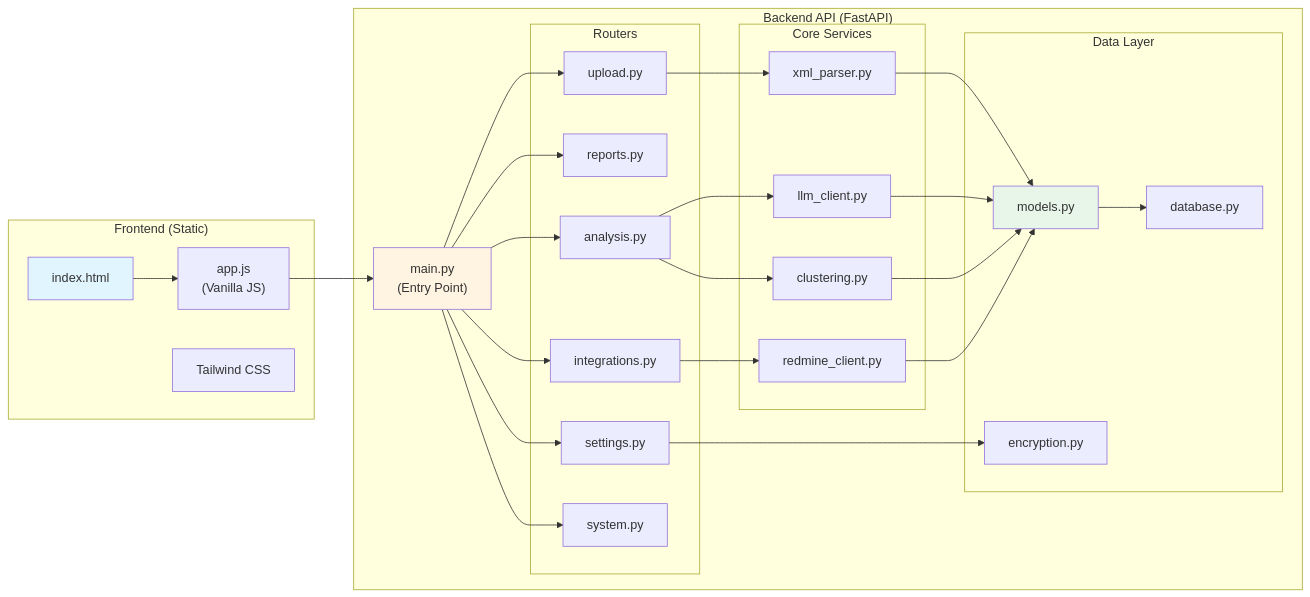
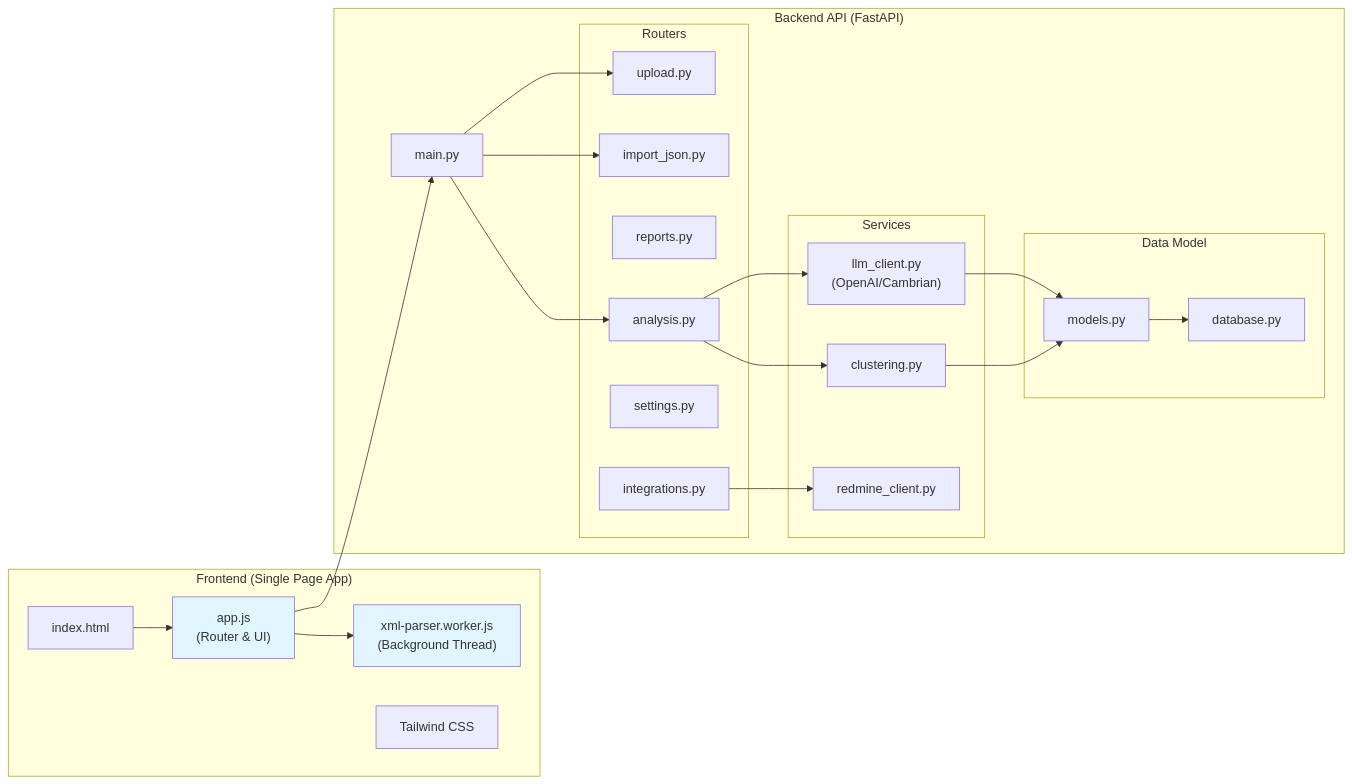
Before and after one commit to seen0722/GMS-helper: the second of 5 diagrams in docs/ARCHITECTURE.md, drawn with Mermaid. The commit also changed other lines of this file and 1 other file, not shown here.

Commit message:
docs: regenerate architecture and design documents

````diff
--- a/docs/ARCHITECTURE.md
+++ b/docs/ARCHITECTURE.md
@@ -60,59 +75,52 @@
 ```mermaid
 graph LR
-    subgraph "Frontend (Static)"
+    subgraph "Frontend (Single Page App)"
         HTML["index.html"]
-        JS["app.js<br/>(Vanilla JS)"]
+        JS["app.js<br/>(Router & UI)"]
+        Worker["xml-parser.worker.js<br/>(Background Thread)"]
         CSS["Tailwind CSS"]
     end
     
     subgraph "Backend API (FastAPI)"
-        Main["main.py<br/>(Entry Point)"]
+        Main["main.py"]
         
         subgraph "Routers"
-            Upload["upload.py"]
-            Reports["reports.py"]
+            UploadRouter["upload.py"]
+            ImportRouter["import_json.py"]
+            ReportsRouter["reports.py"]
             AnalysisRouter["analysis.py"]
-            Settings["settings.py"]
-            Integrations["integrations.py"]
-            System["system.py"]
+            SettingsRouter["settings.py"]
+            IntegrationsRouter["integrations.py"]
         end
         
-        subgraph "Core Services"
-            XMLParser["xml_parser.py"]
-            LLMClient["llm_client.py"]
+        subgraph "Services"
+            LLMClient["llm_client.py<br/>(OpenAI/Cambrian)"]
             ClusterEngine["clustering.py"]
             RedmineClient["redmine_client.py"]
         end
         
-        subgraph "Data Layer"
+        subgraph "Data Model"
             Models["models.py"]
             Database["database.py"]
-            Encryption["encryption.py"]
         end
     end
     
     HTML --> JS
+    JS --> Worker
     JS --> Main
-    Main --> Upload
-    Main --> Reports
+    
+    Main --> UploadRouter
+    Main --> ImportRouter
     Main --> AnalysisRouter
-    Main --> Settings
-    Main --> Integrations
-    Main --> System
     
-    Upload --> XMLParser
     AnalysisRouter --> LLMClient
     AnalysisRouter --> ClusterEngine
-    Integrations --> RedmineClient
+    IntegrationsRouter --> RedmineClient
     
-    XMLParser --> Models
     LLMClient --> Models
     ClusterEngine --> Models
-    RedmineClient --> Models
     Models --> Database
-    Settings --> Encryption
     
-    style HTML fill:#e1f5ff
-    style Main fill:#fff4e1
-    style Models fill:#e8f5e9
+    style JS fill:#e1f5ff
+    style Worker fill:#e1f5ff
 ```
````
